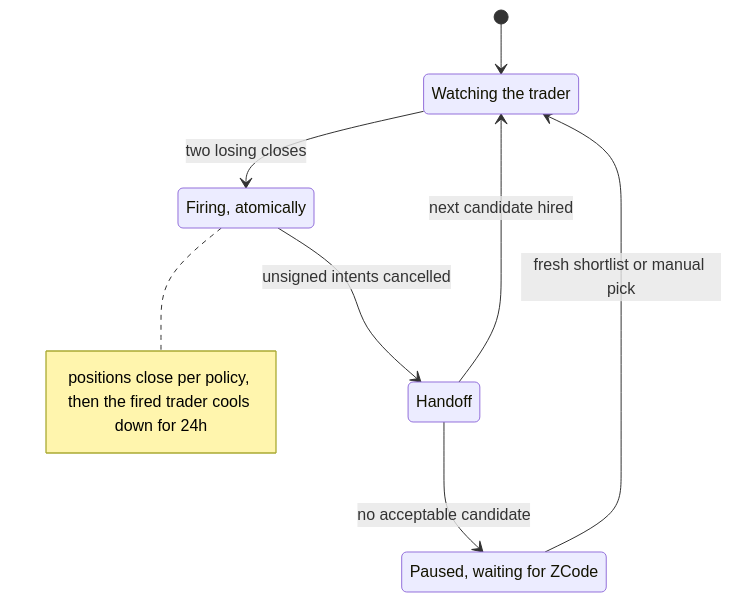
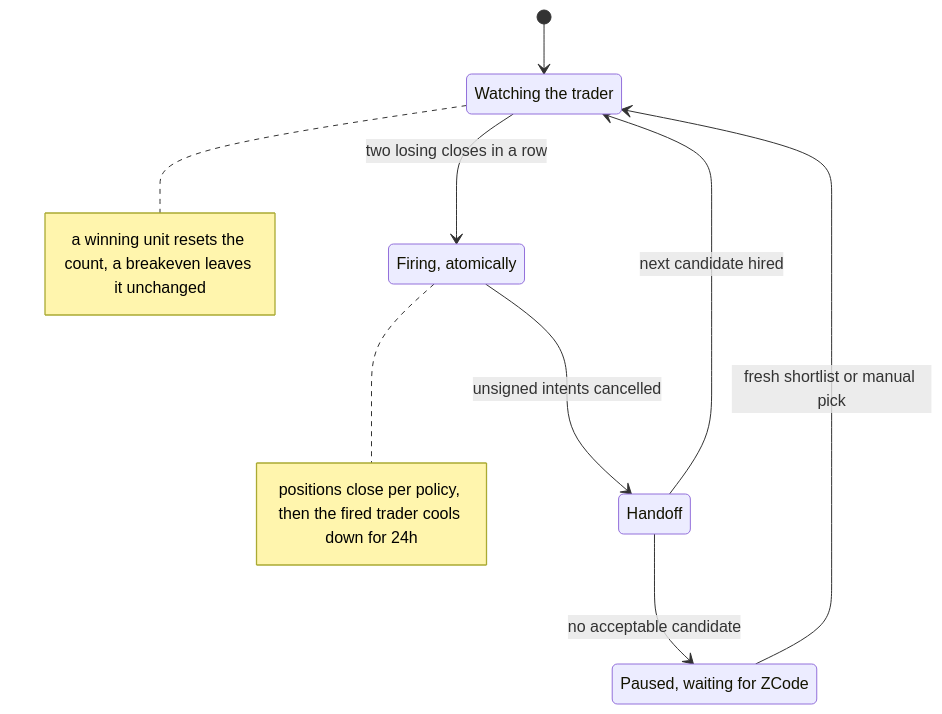
Before and after one commit to RuneL89/zcode-copytrade-bot: the diagram in docs/diagrams/firing-handoff.mmd, drawn with Mermaid. The commit also changed 4 other files, not shown here.

```diff
--- a/docs/diagrams/firing-handoff.mmd
+++ b/docs/diagrams/firing-handoff.mmd
@@ -1,13 +1,14 @@
 %% Render: ~/.zcode/tools/mermaid-render/render.sh -i firing-handoff.mmd -o ../images/firing-handoff.png -b white -s 2 -w 1600
 stateDiagram-v2
     [*] --> Watching
-    Watching --> Firing: two losing closes
+    Watching --> Firing: two losing closes in a row
     Firing --> Handoff: unsigned intents cancelled
     Handoff --> Watching: next candidate hired
     Handoff --> Paused: no acceptable candidate
     Paused --> Watching: fresh shortlist or manual pick
+    note right of Watching : a winning unit resets the count, a breakeven leaves it unchanged
     note right of Firing : positions close per policy, then the fired trader cools down for 24h
     state "Watching the trader" as Watching
     state "Firing, atomically" as Firing
     state "Handoff" as Handoff
     state "Paused, waiting for ZCode" as Paused
```
